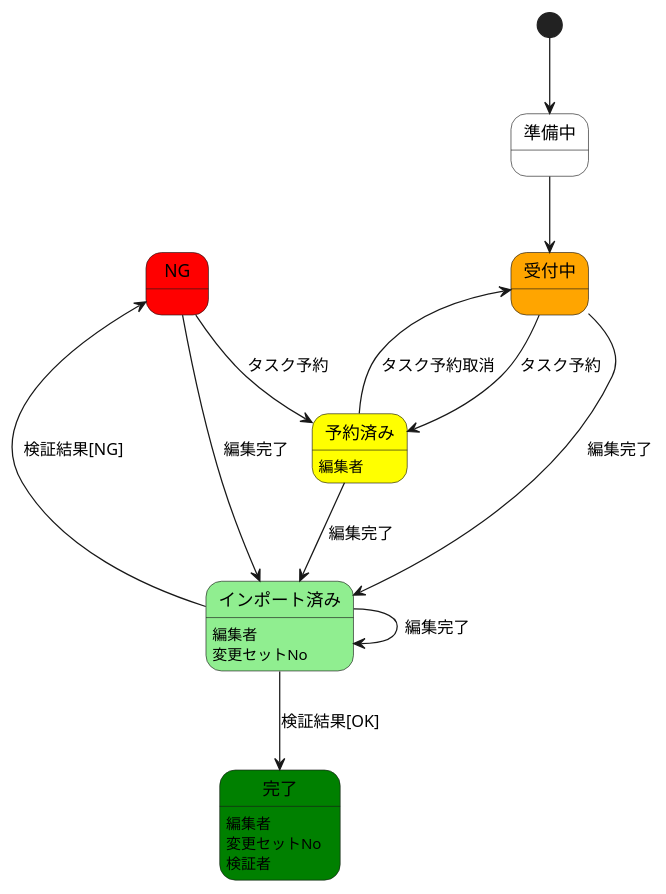
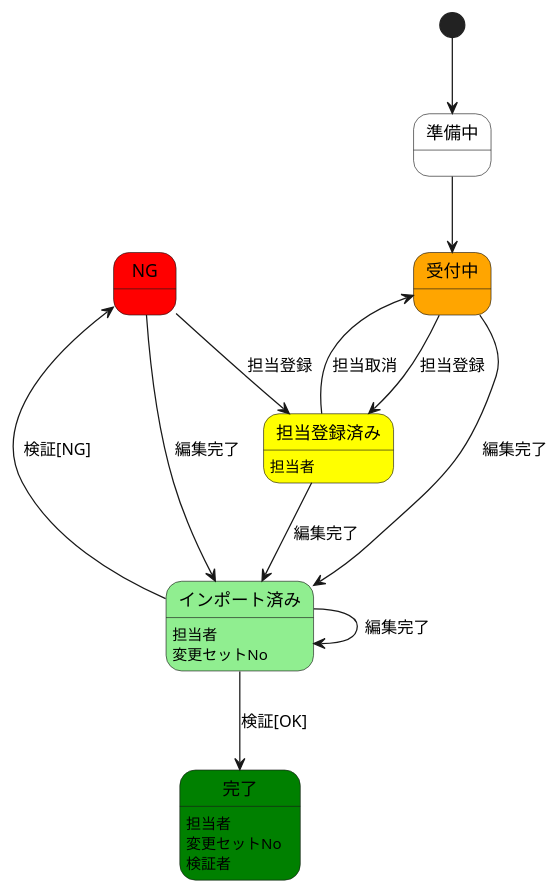
The diagram in TaskStatus.pu (yuuhayashi/task-bldg), drawn with PlantUML before and after one commit. The commit also changed 10 other files, not shown here.

Commit message:
名称変更：「タスク予約」→「担当登録」など

```diff
--- a/TaskStatus.pu
+++ b/TaskStatus.pu
@@ -1,40 +1,40 @@
 @startuml
 
 state "準備中" as PREPARATION #FFFFFF {
 }
 
 state "受付中" as ACCEPTING #orange {
 }
 
 state "NG" as NG #red {
 }
 
-state "予約済み" as RESERVED #yellow {
-	RESERVED : 編集者
+state "担当登録済み" as RESERVED #yellow {
+	RESERVED : 担当者
 }
 
 state "インポート済み" as IMPORTED #lightgreen {
-	IMPORTED : 編集者
+	IMPORTED : 担当者
 	IMPORTED : 変更セットNo
 }
 
 state "完了" as END #green {
-	END : 編集者
+	END : 担当者
 	END : 変更セットNo
 	END : 検証者
 }
 
 [*] --> PREPARATION
 PREPARATION --> ACCEPTING
-ACCEPTING --> RESERVED	: タスク予約
-NG --> RESERVED	: タスク予約
+ACCEPTING --> RESERVED	: 担当登録
+NG --> RESERVED	: 担当登録
 ACCEPTING --> IMPORTED	: 編集完了
 NG --> IMPORTED	: 編集完了
 RESERVED --> IMPORTED	: 編集完了
 IMPORTED --> IMPORTED	: 編集完了
-ACCEPTING <- RESERVED	: タスク予約取消
+ACCEPTING <- RESERVED	: 担当取消
 
-IMPORTED --> END	: 検証結果[OK]
-NG <- IMPORTED		: 検証結果[NG]
+IMPORTED --> END	: 検証[OK]
+NG <- IMPORTED		: 検証[NG]
 
 @enduml
```
